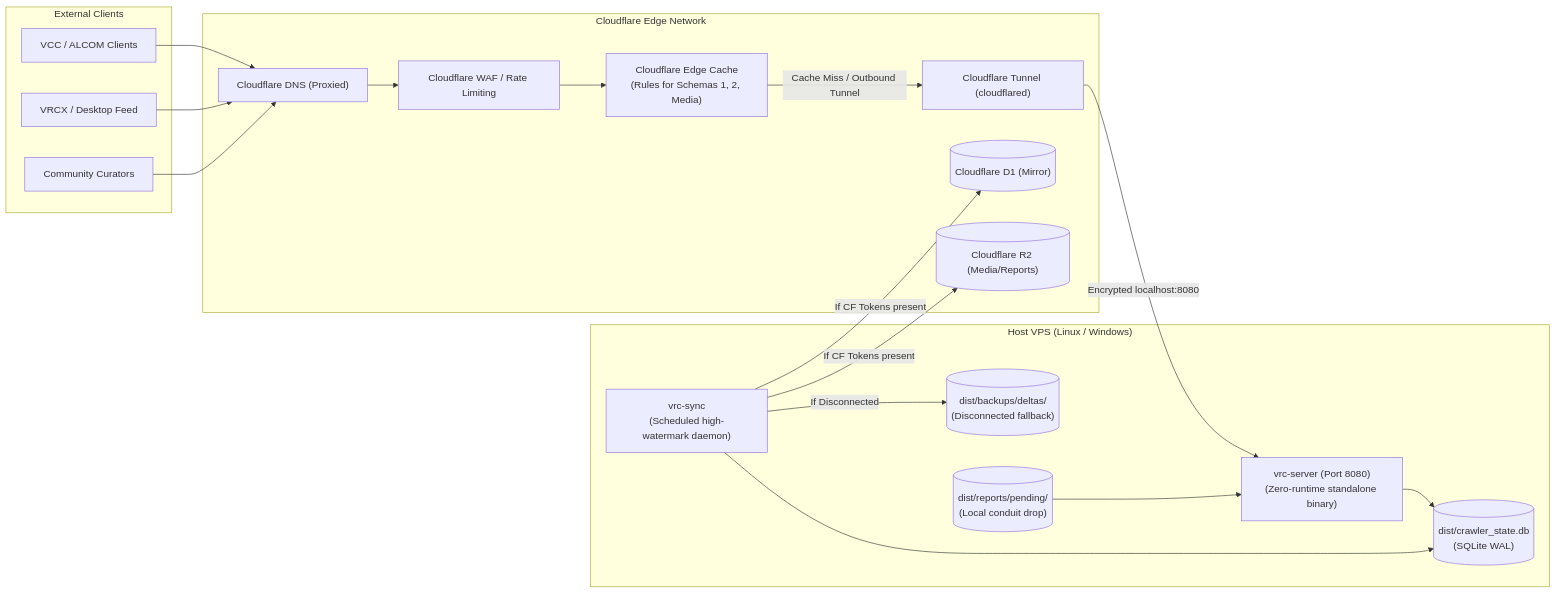
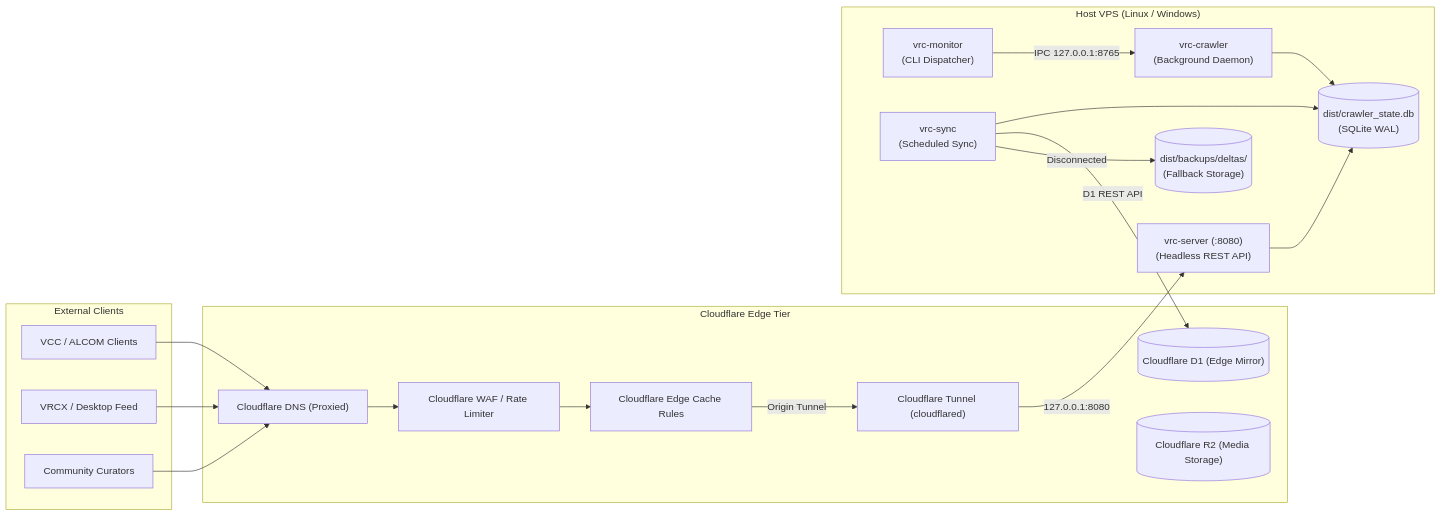
The diagram in DELEGATES.md (SlamTheDragon/vrc-package-crawler), drawn with Mermaid before and after one commit. The commit also changed other lines of this file and 18 other files, not shown here.

````diff
--- a/DELEGATES.md
+++ b/DELEGATES.md
@@ -489,41 +13,42 @@
 ```mermaid
 flowchart LR
     subgraph "External Clients"
         VCC["VCC / ALCOM Clients"]
         VRCX["VRCX / Desktop Feed"]
         USER["Community Curators"]
     end
 
-    subgraph "Cloudflare Edge Network"
+    subgraph "Cloudflare Edge Tier"
         CF_DNS["Cloudflare DNS (Proxied)"]
-        CF_WAF["Cloudflare WAF / Rate Limiting"]
-        CF_CACHE["Cloudflare Edge Cache\n(Rules for Schemas 1, 2, Media)"]
+        CF_WAF["Cloudflare WAF / Rate Limiter"]
+        CF_CACHE["Cloudflare Edge Cache Rules"]
         CF_TUNNEL["Cloudflare Tunnel (cloudflared)"]
-        CF_D1[("Cloudflare D1 (Mirror)")]
-        CF_R2[("Cloudflare R2 (Media/Reports)")]
+        CF_D1[("Cloudflare D1 (Edge Mirror)")]
+        CF_R2[("Cloudflare R2 (Media Storage)")]
     end
 
     subgraph "Host VPS (Linux / Windows)"
-        DAEMON["vrc-server (Port 8080)\n(Zero-runtime standalone binary)"]
+        SERVER["vrc-server (:8080)\n(Headless REST API)"]
+        CRAWLER["vrc-crawler\n(Background Daemon)"]
+        MONITOR["vrc-monitor\n(CLI Dispatcher)"]
         LOCAL_DB[("dist/crawler_state.db\n(SQLite WAL)")]
-        LOCAL_BACKUP[("dist/backups/deltas/\n(Disconnected fallback)")]
-        LOCAL_REPORTS[("dist/reports/pending/\n(Local conduit drop)")]
-        SYNC_TOOL["vrc-sync\n(Scheduled high-watermark daemon)"]
+        LOCAL_BACKUP[("dist/backups/deltas/\n(Fallback Storage)")]
+        SYNC_TOOL["vrc-sync\n(Scheduled Sync)"]
     end
 
     VCC --> CF_DNS
     VRCX --> CF_DNS
     USER --> CF_DNS
 
     CF_DNS --> CF_WAF
     CF_WAF --> CF_CACHE
-    CF_CACHE -->|Cache Miss / Outbound Tunnel| CF_TUNNEL
-    CF_TUNNEL -->|Encrypted localhost:8080| DAEMON
+    CF_CACHE -->|Origin Tunnel| CF_TUNNEL
+    CF_TUNNEL -->|127.0.0.1:8080| SERVER
 
-    DAEMON --> LOCAL_DB
-    LOCAL_REPORTS --> DAEMON
+    SERVER --> LOCAL_DB
+    CRAWLER --> LOCAL_DB
+    MONITOR -->|IPC 127.0.0.1:8765| CRAWLER
     SYNC_TOOL --> LOCAL_DB
-    SYNC_TOOL -->|If CF Tokens present| CF_D1
-    SYNC_TOOL -->|If CF Tokens present| CF_R2
-    SYNC_TOOL -->|If Disconnected| LOCAL_BACKUP
+    SYNC_TOOL -->|D1 REST API| CF_D1
+    SYNC_TOOL -->|Disconnected| LOCAL_BACKUP
 ```
````
